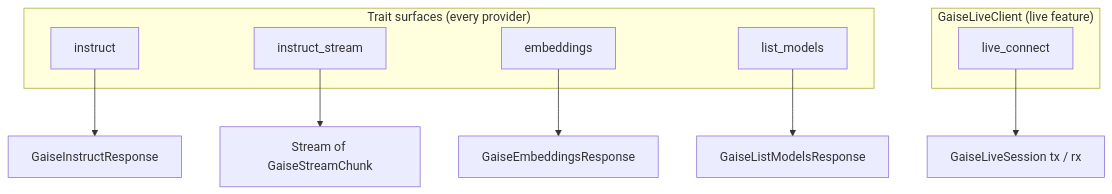
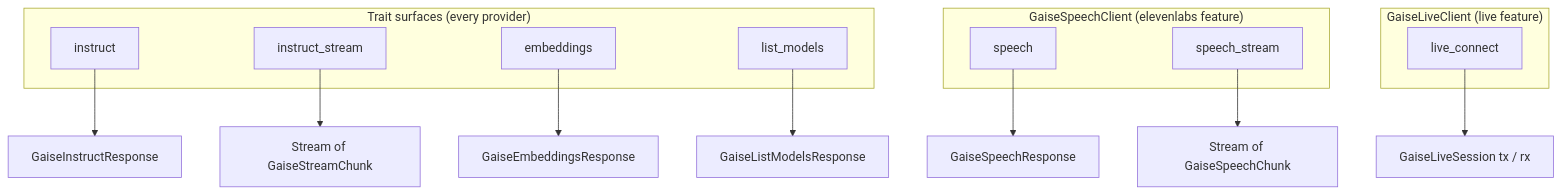
Before and after one commit to ikcore/gaise: the second of 2 diagrams in wiki/README.md, drawn with Mermaid. The commit also changed other lines of this file and 66 other files, not shown here.

````diff
--- a/wiki/README.md
+++ b/wiki/README.md
@@ -56,17 +63,23 @@
 ```mermaid
 flowchart TD
     subgraph Surfaces["Trait surfaces (every provider)"]
         I[instruct]
         S[instruct_stream]
         E[embeddings]
         M[list_models]
+    end
+    subgraph Speech["GaiseSpeechClient (elevenlabs feature)"]
+        V[speech]
+        VS[speech_stream]
     end
     subgraph Live["GaiseLiveClient (live feature)"]
         L[live_connect]
     end
     I --> R1["GaiseInstructResponse"]
     S --> R2["Stream of GaiseStreamChunk"]
     E --> R3["GaiseEmbeddingsResponse"]
     M --> R4["GaiseListModelsResponse"]
     L --> R5["GaiseLiveSession tx / rx"]
+    V --> R6["GaiseSpeechResponse"]
+    VS --> R7["Stream of GaiseSpeechChunk"]
 ```
````
